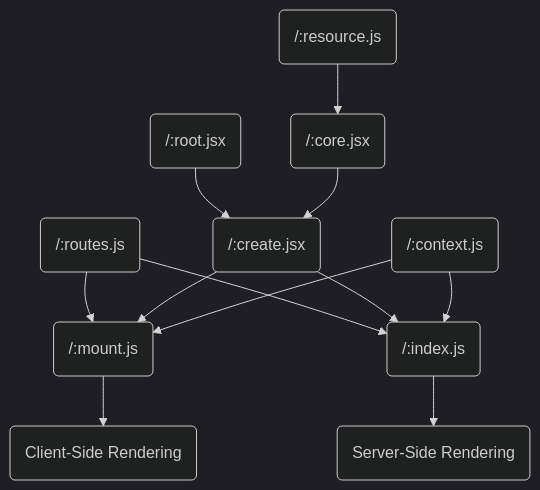
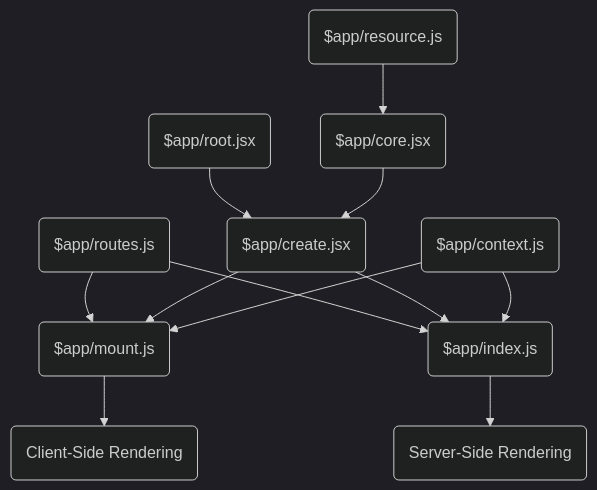
The diagram in docs/react/project-structure.md (fastify/fastify-vite), drawn with Mermaid (dark theme) before and after one commit. The commit also changed other lines of this file and 18 other files, not shown here.

````diff
--- a/docs/react/project-structure.md
+++ b/docs/react/project-structure.md
@@ -364,14 +364,14 @@
 ```mermaid
 flowchart TD
-    R("/:resource.js") --> A
-    V("/:root.jsx") --> B
-    A("/:core.jsx") --> B("/:create.jsx")
-    C("/:routes.js") --> D
+    R("$app/resource.js") --> A
+    V("$app/root.jsx") --> B
+    A("$app/core.jsx") --> B("$app/create.jsx")
+    C("$app/routes.js") --> D
     C --> E
-    B --> D("/:mount.js")
-    B --> E("/:index.js")
-    T("/:context.js") --> D
-    T("/:context.js") --> E
+    B --> D("$app/mount.js")
+    B --> E("$app/index.js")
+    T("$app/context.js") --> D
+    T("$app/context.js") --> E
     D --> CSR("Client-Side Rendering")
     E --> SSR("Server-Side Rendering")
 ```
````
